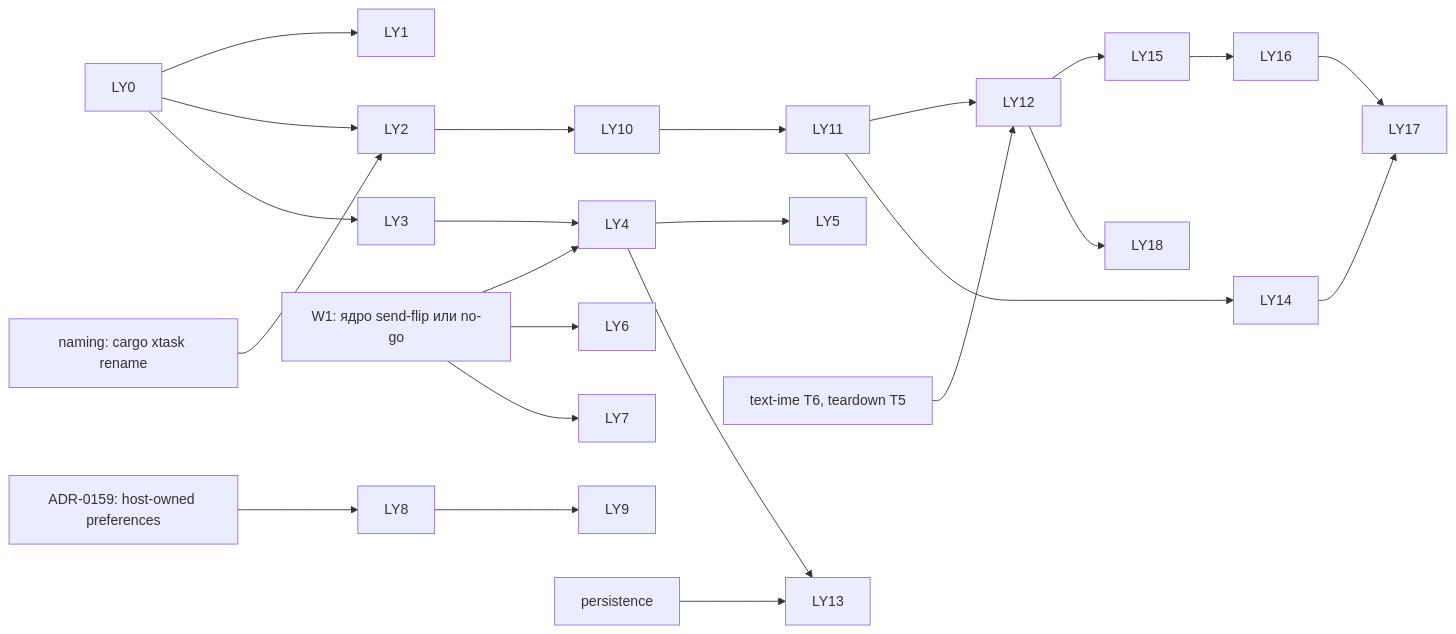
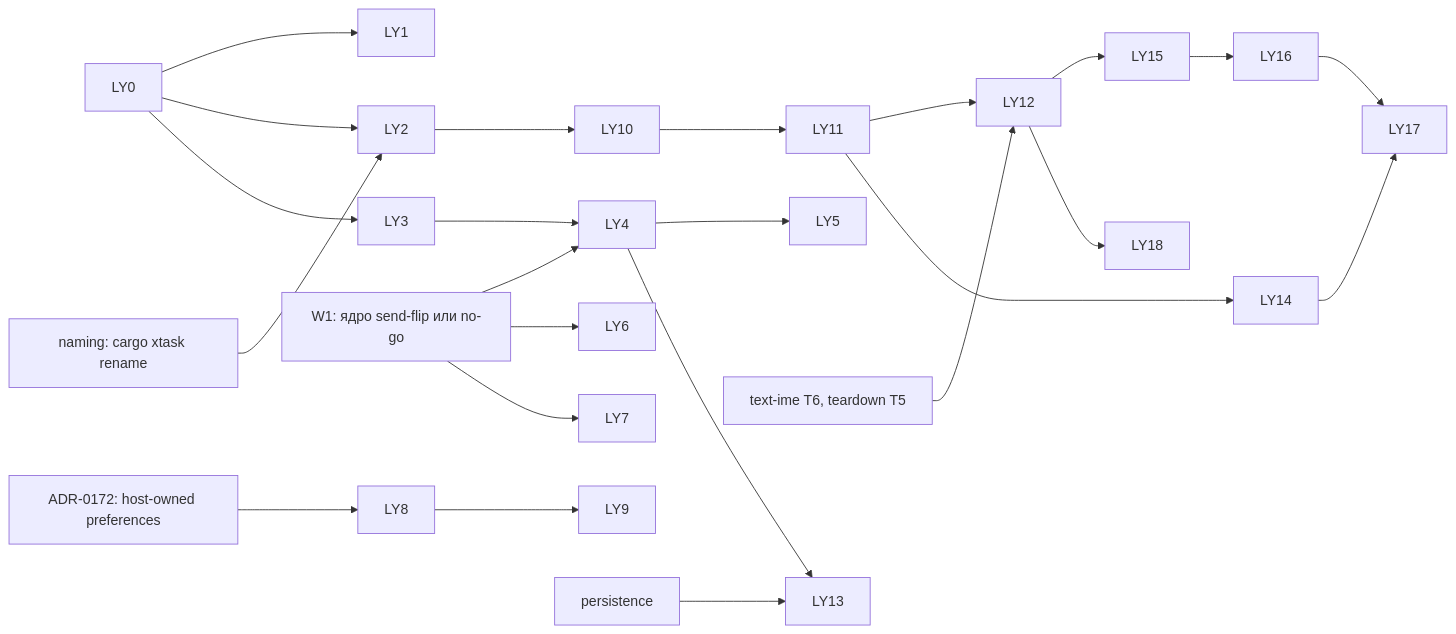
The diagram in docs/plans/specs/platform-layer/tasks.md (vanyastaff/flui), drawn with Mermaid before and after one commit. The commit also changed other lines of this file and 10 other files, not shown here.

````diff
--- a/docs/plans/specs/platform-layer/tasks.md
+++ b/docs/plans/specs/platform-layer/tasks.md
@@ -56,16 +56,16 @@
 ```mermaid
 graph LR
   LY0 --> LY1 & LY2 & LY3
   LY3 --> LY4 --> LY5
   W1["W1: ядро send-flip или no-go"] --> LY4 & LY6 & LY7
-  SP["ADR-0159: host-owned preferences"] --> LY8
+  SP["ADR-0172: host-owned preferences"] --> LY8
   LY8 --> LY9
   NM["naming: cargo xtask rename"] --> LY2 --> LY10 --> LY11
   TI["text-ime T6, teardown T5"] --> LY12
   LY11 --> LY12
   PS["persistence"] --> LY13
   LY4 --> LY13
   LY11 --> LY14 --> LY17
   LY12 --> LY15 --> LY16 --> LY17
   LY12 --> LY18
 ```
````
